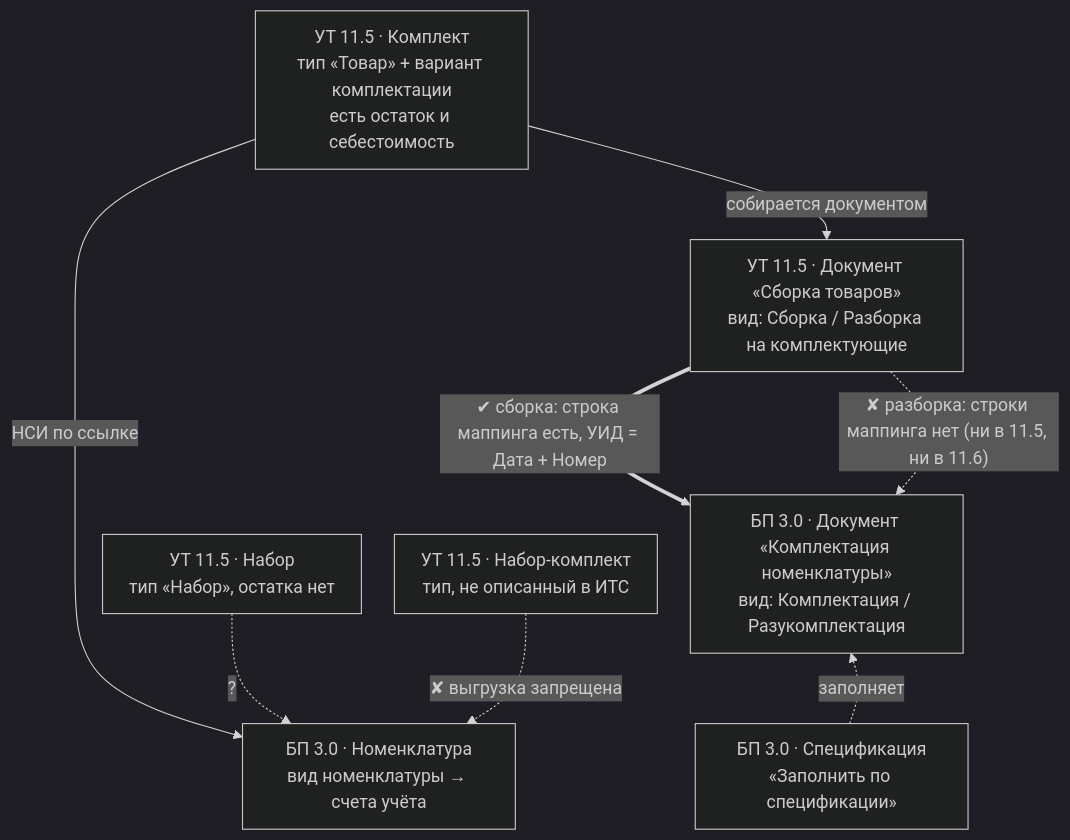
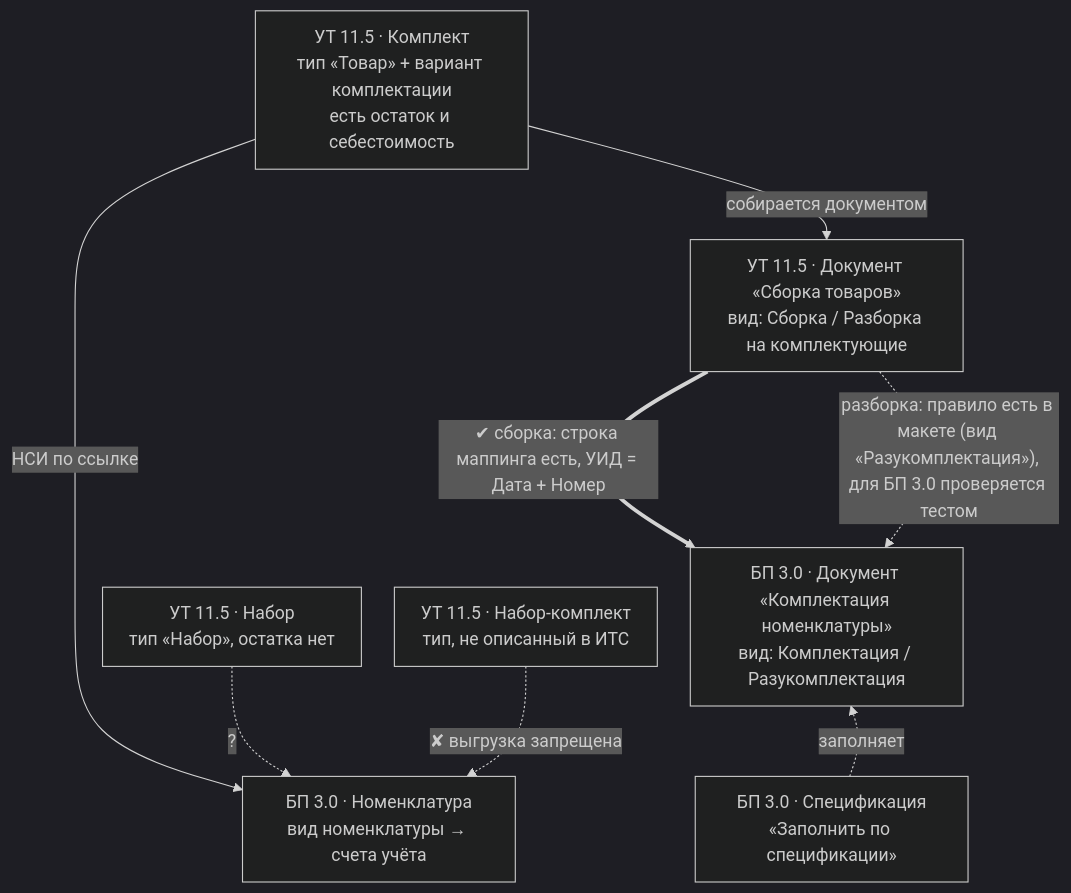
One commit to grevinden/komplekty-ut-bp changed the diagram in docs/01-glavnaya-karta.md. Above: the diagram before and after it, drawn with Mermaid (dark theme). The commit also changed 12 other files, not shown here.

````diff
--- a/docs/01-glavnaya-karta.md
+++ b/docs/01-glavnaya-karta.md
@@ -64,20 +64,20 @@
 ```mermaid
 %%{init: {"flowchart": {"rankSpacing": 40, "nodeSpacing": 30, "padding": 12}}}%%
 flowchart TB
   K["УТ 11.5 · Комплект<br/>тип «Товар» + вариант комплектации<br/>есть остаток и себестоимость"]
   N["УТ 11.5 · Набор<br/>тип «Набор», остатка нет"]
   NK["УТ 11.5 · Набор-комплект<br/>тип, не описанный в ИТС"]
   SB["УТ 11.5 · Документ «Сборка товаров»<br/>вид: Сборка / Разборка на комплектующие"]
   CN["БП 3.0 · Документ «Комплектация номенклатуры»<br/>вид: Комплектация / Разукомплектация"]
   NO["БП 3.0 · Номенклатура<br/>вид номенклатуры → счета учёта"]
   SP["БП 3.0 · Спецификация<br/>«Заполнить по спецификации»"]
   K -->|"собирается документом"| SB
   SB ==>|"✔ сборка: строка маппинга есть, УИД = Дата + Номер"| CN
-  SB -.->|"✘ разборка: строки маппинга нет (ни в 11.5, ни в 11.6)"| CN
+  SB -.->|"разборка: правило есть в макете (вид «Разукомплектация»), для БП 3.0 проверяется тестом"| CN
   SP -.->|"заполняет"| CN
   K -->|"НСИ по ссылке"| NO
   N -.->|"?"| NO
   NK -.->|"✘ выгрузка запрещена"| NO
   CN ~~~ SP
   CN ~~~ NO
 ```
````
